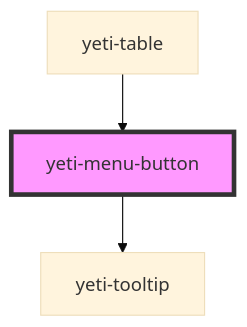
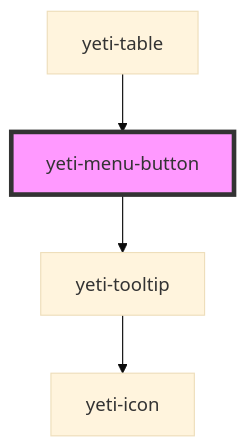
Before and after one commit to msoltvedt/yeti: the diagram in src/components/yeti-menu-button/readme.md, drawn with Mermaid (base theme). The commit also changed 22 other files, not shown here.

````diff
--- a/src/components/yeti-menu-button/readme.md
+++ b/src/components/yeti-menu-button/readme.md
@@ -45,6 +45,7 @@
 ```mermaid
 graph TD;
   yeti-menu-button --> yeti-tooltip
+  yeti-tooltip --> yeti-icon
   yeti-table --> yeti-menu-button
   style yeti-menu-button fill:#f9f,stroke:#333,stroke-width:4px
 ```
````
